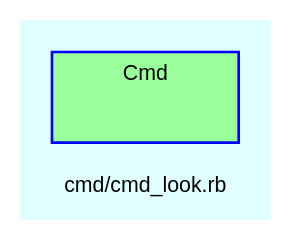
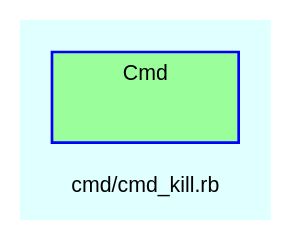
Before and after one commit to Tyche/teensymud: the diagram in doc/dot/f_12.dot, drawn with Graphviz. The commit also changed 92 other files, not shown here.

```diff
--- a/doc/dot/f_12.dot
+++ b/doc/dot/f_12.dot
@@ -1,29 +1,29 @@
 digraph TopLevel {
     compound = true
     bgcolor = lightcyan1
     fontname = Arial
     fontsize = 8
-    label = "cmd/cmd_look.rb"
+    label = "cmd/cmd_kill.rb"
     node [
         fontname = Arial,
         fontsize = 8,
         color = black
     ]
 
     subgraph cluster_Cmd {
         fillcolor = palegreen1
         URL = "classes/Cmd.html"
         fontname = Arial
         color = blue
         label = "Cmd"
         style = filled
         Cmd [
             shape = plaintext,
             height = 0.01,
             width = 0.75,
             label = ""
         ]
 
     }
 
 }
```
